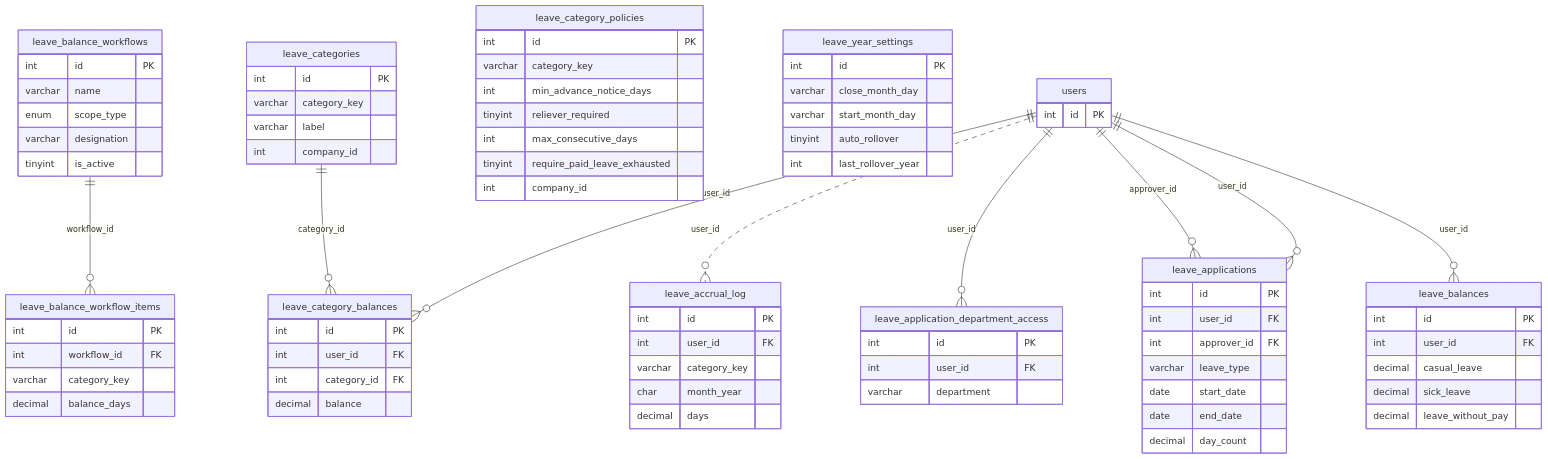
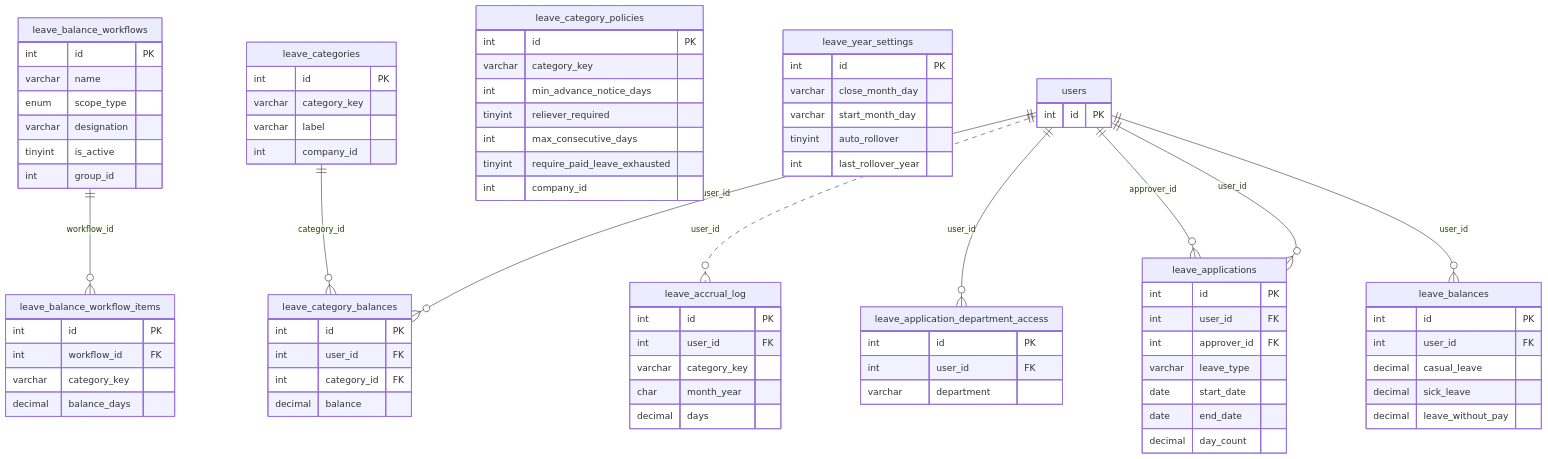
Before and after one commit to ruhulamencredence/CredenceHR: the diagram in docs/architecture/database/diagrams/c-leave.mmd, drawn with Mermaid. The commit also changed 16 other files, not shown here.

Commit message:
docs: auto-sync architecture docs with 6534a68

```diff
--- a/docs/architecture/database/diagrams/c-leave.mmd
+++ b/docs/architecture/database/diagrams/c-leave.mmd
@@ -1,81 +1,82 @@
 erDiagram
   leave_accrual_log {
     int id PK
     int user_id FK
     varchar category_key
     char month_year
     decimal days
   }
   leave_application_department_access {
     int id PK
     int user_id FK
     varchar department
   }
   leave_applications {
     int id PK
     int user_id FK
     int approver_id FK
     varchar leave_type
     date start_date
     date end_date
     decimal day_count
   }
   leave_balance_workflow_items {
     int id PK
     int workflow_id FK
     varchar category_key
     decimal balance_days
   }
   leave_balance_workflows {
     int id PK
     varchar name
     enum scope_type
     varchar designation
     tinyint is_active
+    int group_id
   }
   leave_balances {
     int id PK
     int user_id FK
     decimal casual_leave
     decimal sick_leave
     decimal leave_without_pay
   }
   leave_categories {
     int id PK
     varchar category_key
     varchar label
     int company_id
   }
   leave_category_balances {
     int id PK
     int user_id FK
     int category_id FK
     decimal balance
   }
   leave_category_policies {
     int id PK
     varchar category_key
     int min_advance_notice_days
     tinyint reliever_required
     int max_consecutive_days
     tinyint require_paid_leave_exhausted
     int company_id
   }
   leave_year_settings {
     int id PK
     varchar close_month_day
     varchar start_month_day
     tinyint auto_rollover
     int last_rollover_year
   }
   users {
     int id PK
   }
   users ||..o{ leave_accrual_log : "user_id"
   users ||--o{ leave_application_department_access : "user_id"
   users ||--o{ leave_applications : "approver_id"
   users ||--o{ leave_applications : "user_id"
   leave_balance_workflows ||--o{ leave_balance_workflow_items : "workflow_id"
   users ||--o{ leave_balances : "user_id"
   leave_categories ||--o{ leave_category_balances : "category_id"
   users ||--o{ leave_category_balances : "user_id"
```
